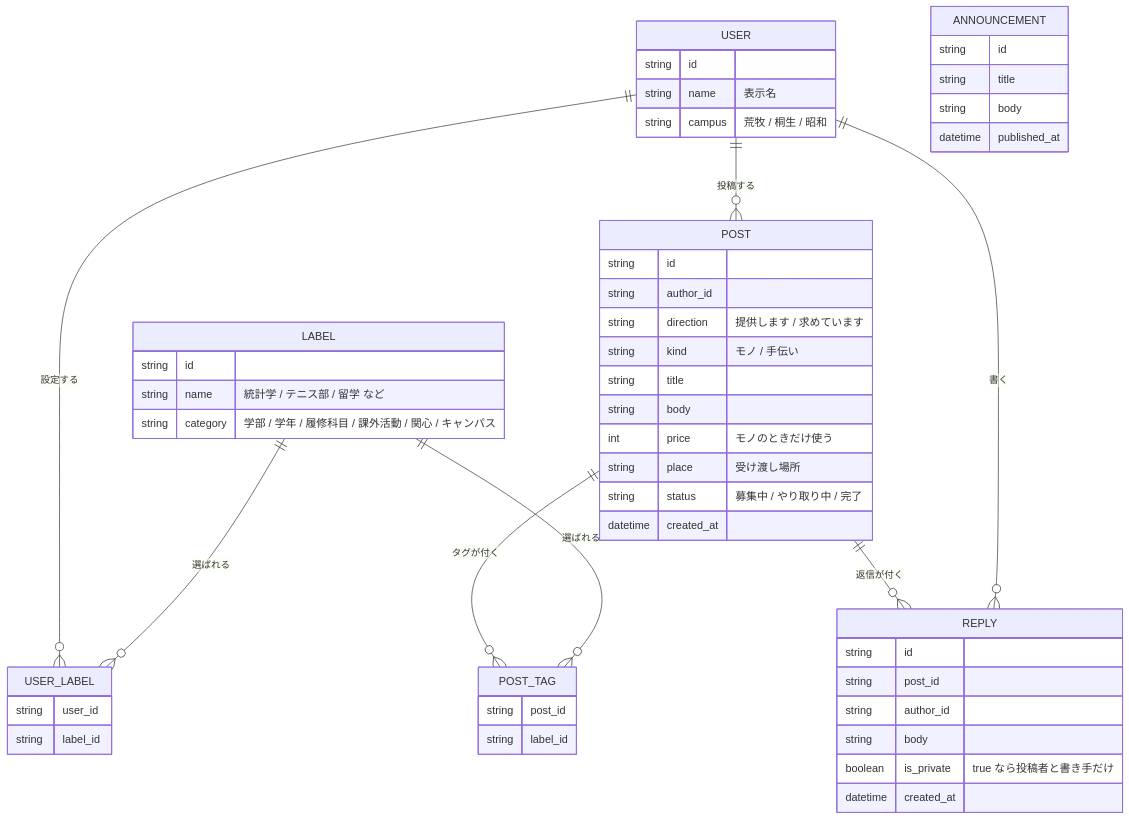
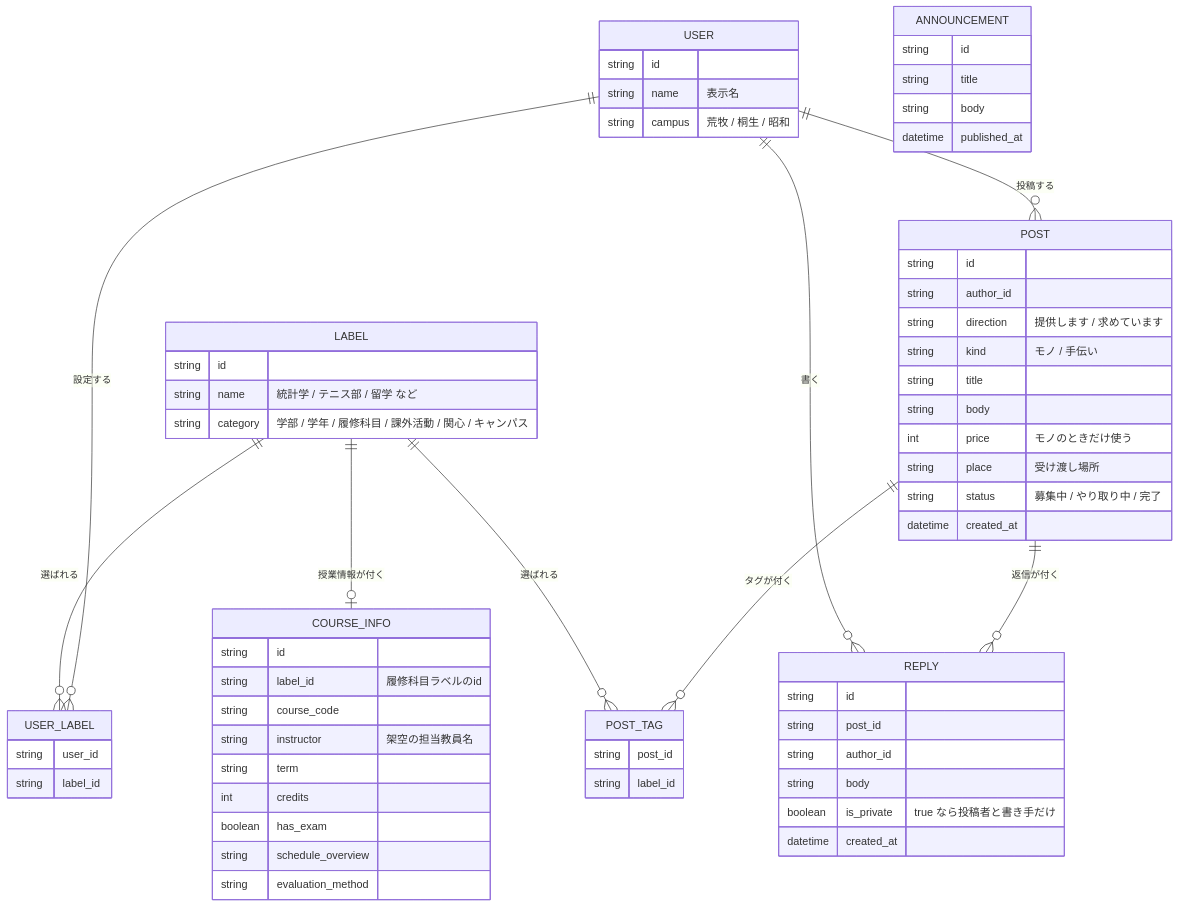
Before and after one commit to st-yuka0310/platform_app: the diagram in README.md, drawn with Mermaid. The commit also changed other lines of this file and 10 other files, not shown here.

````diff
--- a/README.md
+++ b/README.md
@@ -375,55 +393,67 @@
 ```mermaid
 erDiagram
     USER ||--o{ USER_LABEL : "設定する"
     LABEL ||--o{ USER_LABEL : "選ばれる"
     USER ||--o{ POST : "投稿する"
     POST ||--o{ POST_TAG : "タグが付く"
     LABEL ||--o{ POST_TAG : "選ばれる"
     POST ||--o{ REPLY : "返信が付く"
     USER ||--o{ REPLY : "書く"
 
     USER {
         string id
         string name "表示名"
         string campus "荒牧 / 桐生 / 昭和"
     }
     LABEL {
         string id
         string name "統計学 / テニス部 / 留学 など"
         string category "学部 / 学年 / 履修科目 / 課外活動 / 関心 / キャンパス"
     }
     USER_LABEL {
         string user_id
         string label_id
     }
     POST {
         string id
         string author_id
         string direction "提供します / 求めています"
         string kind "モノ / 手伝い"
         string title
         string body
         int price "モノのときだけ使う"
         string place "受け渡し場所"
         string status "募集中 / やり取り中 / 完了"
         datetime created_at
     }
     POST_TAG {
         string post_id
         string label_id
     }
     REPLY {
         string id
         string post_id
         string author_id
         string body
         boolean is_private "true なら投稿者と書き手だけ"
         datetime created_at
     }
     ANNOUNCEMENT {
         string id
         string title
         string body
         datetime published_at
     }
+    LABEL ||--o| COURSE_INFO : "授業情報が付く"
+    COURSE_INFO {
+        string id
+        string label_id "履修科目ラベルのid"
+        string course_code
+        string instructor "架空の担当教員名"
+        string term
+        int credits
+        boolean has_exam
+        string schedule_overview
+        string evaluation_method
+    }
 ```
````
